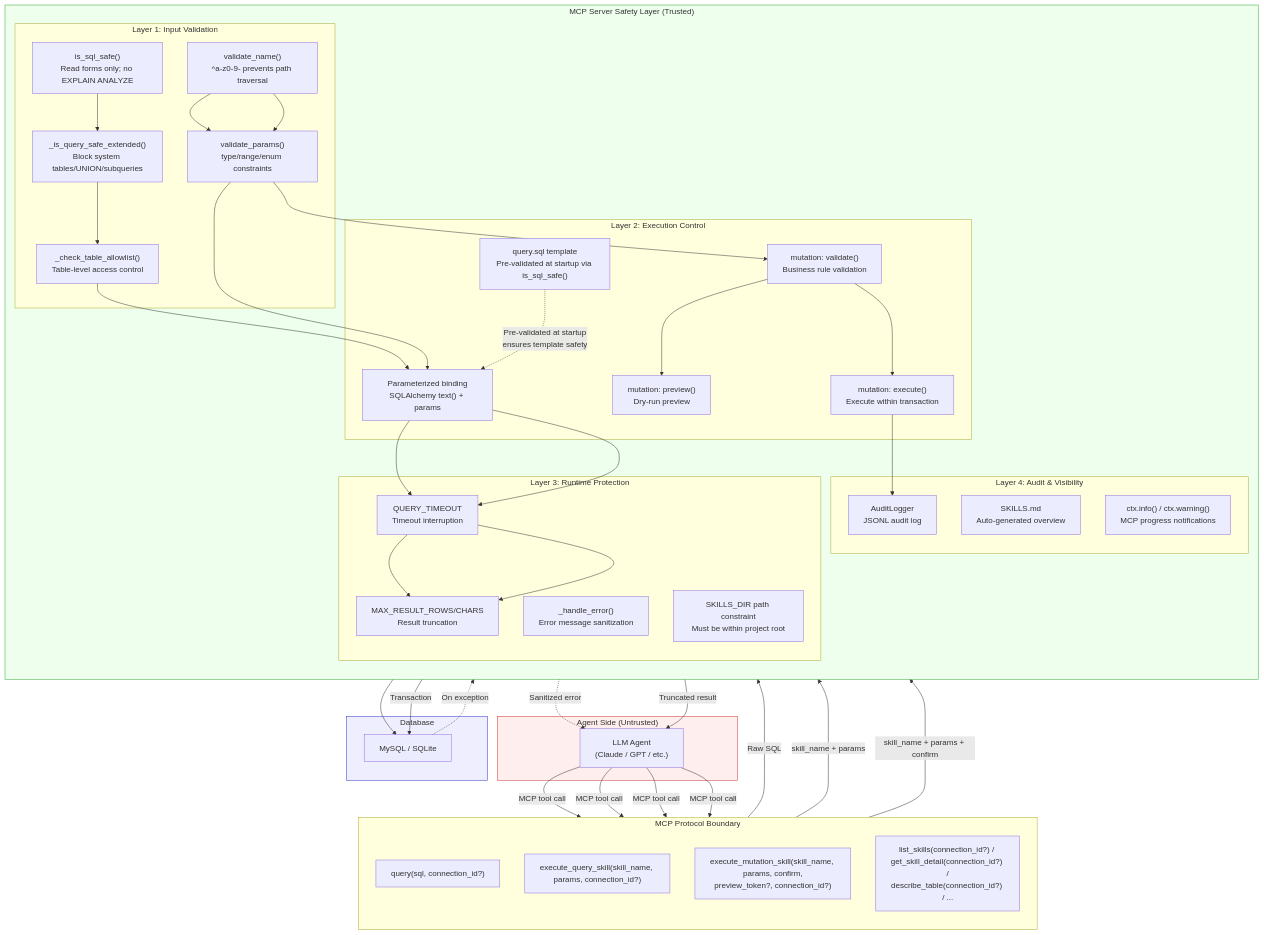
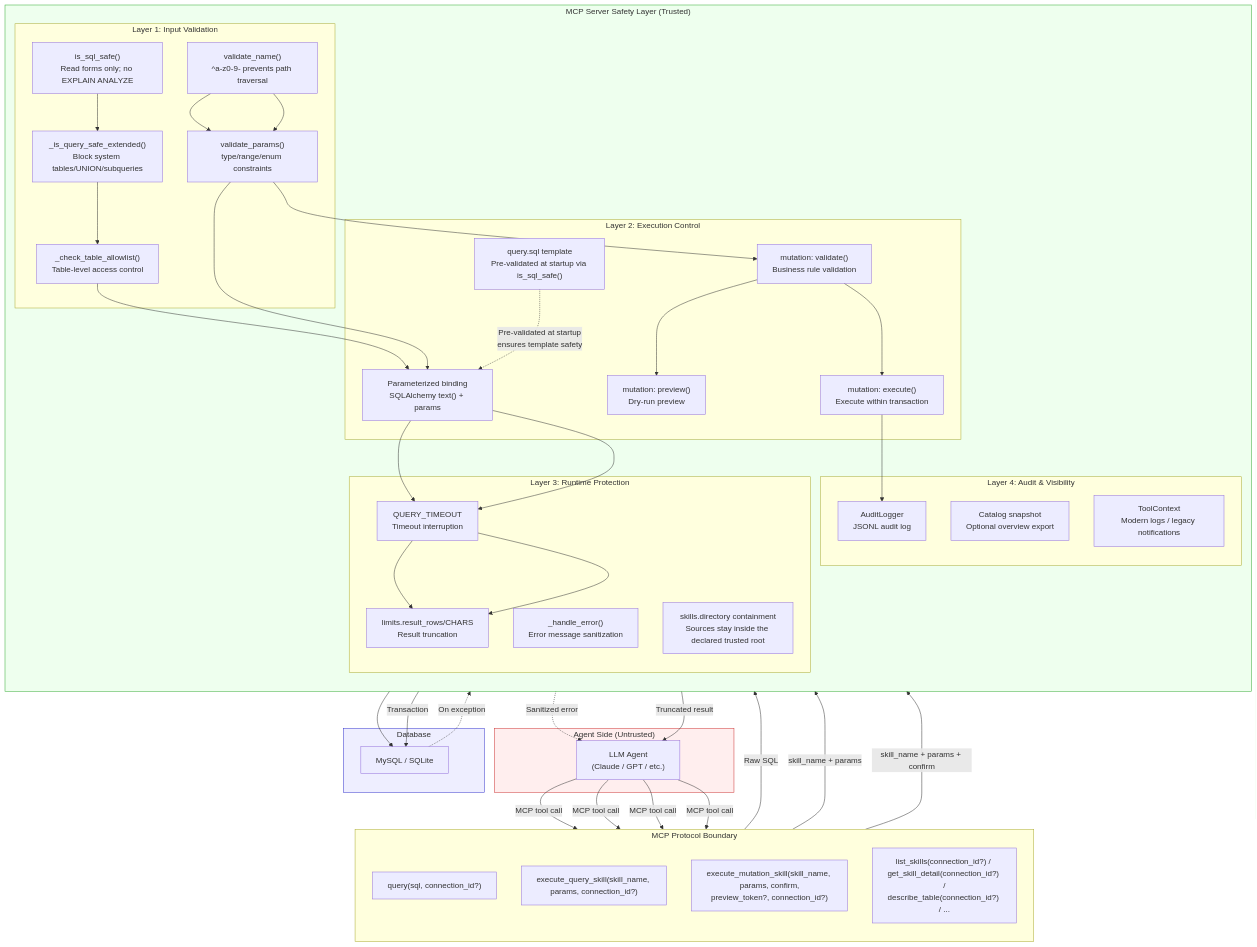
Before and after one commit to Firstmeridian/llm-sql-safety-executor-mcp: the first of 3 diagrams in README.md, drawn with Mermaid. The commit also changed other lines of this file and 271 other files, not shown here.

First line of the commit message:
refactor(v3.8.0)!: adopt FastMCP 4, TOML configuration file and refactor directory structure

````diff
--- a/README.md
+++ b/README.md
@@ -315,70 +326,70 @@
 ```mermaid
 flowchart TB
     subgraph Agent["Agent Side (Untrusted)"]
         A1["LLM Agent<br/>(Claude / GPT / etc.)"]
     end
 
     subgraph MCP["MCP Protocol Boundary"]
         direction TB
         T1["query(sql, connection_id?)"]
         T2["execute_query_skill(skill_name, params, connection_id?)"]
         T3["execute_mutation_skill(skill_name, params, confirm,<br/>preview_token?, connection_id?)"]
         T4["list_skills(connection_id?) / get_skill_detail(connection_id?) /<br/>describe_table(connection_id?) / ..."]
     end
 
     subgraph Server["MCP Server Safety Layer (Trusted)"]
         direction TB
 
         subgraph S1["Layer 1: Input Validation"]
             V1["is_sql_safe()<br/>Read forms only; no EXPLAIN ANALYZE"]
             V2["_is_query_safe_extended()<br/>Block system tables/UNION/subqueries"]
             V3["_check_table_allowlist()<br/>Table-level access control"]
             V4["validate_name()<br/>^a-z0-9- prevents path traversal"]
             V5["validate_params()<br/>type/range/enum constraints"]
         end
 
         subgraph S2["Layer 2: Execution Control"]
             E1["query.sql template<br/>Pre-validated at startup via is_sql_safe()"]
             E2["Parameterized binding<br/>SQLAlchemy text() + params"]
             E3["mutation: validate()<br/>Business rule validation"]
             E4["mutation: preview()<br/>Dry-run preview"]
             E5["mutation: execute()<br/>Execute within transaction"]
         end
 
         subgraph S3["Layer 3: Runtime Protection"]
             R1["QUERY_TIMEOUT<br/>Timeout interruption"]
-            R2["MAX_RESULT_ROWS/CHARS<br/>Result truncation"]
+            R2["limits.result_rows/CHARS<br/>Result truncation"]
             R3["_handle_error()<br/>Error message sanitization"]
-            R4["SKILLS_DIR path constraint<br/>Must be within project root"]
+            R4["skills.directory containment<br/>Sources stay inside the declared trusted root"]
         end
 
         subgraph S4["Layer 4: Audit & Visibility"]
             AU1["AuditLogger<br/>JSONL audit log"]
-            AU2["SKILLS.md<br/>Auto-generated overview"]
-            AU3["ctx.info() / ctx.warning()<br/>MCP progress notifications"]
+            AU2["Catalog snapshot<br/>Optional overview export"]
+            AU3["ToolContext<br/>Modern logs / legacy notifications"]
         end
     end
 
     subgraph DB["Database"]
         DB1["MySQL / SQLite"]
     end
 
     A1 -->|"MCP tool call"| T1 & T2 & T3 & T4
 
     T1 -->|"Raw SQL"| V1 --> V2 --> V3 --> E2 --> R1 --> R2
     T2 -->|"skill_name + params"| V4 --> V5 --> E2 --> R1 --> R2
     E1 -.->|"Pre-validated at startup<br/>ensures template safety"| E2
     T3 -->|"skill_name + params + confirm"| V4 --> V5 --> E3 --> E4 & E5
 
     E2 --> DB1
     E5 -->|"Transaction"| DB1
     E5 --> AU1
 
     DB1 -.->|"On exception"| R3 -.->|"Sanitized error"| A1
     R2 -->|"Truncated result"| A1
 
     style Agent fill:#fee,stroke:#c33
     style Server fill:#efe,stroke:#3a3
     style DB fill:#eef,stroke:#33c
     style MCP fill:#ffd,stroke:#aa3
 ```
````
